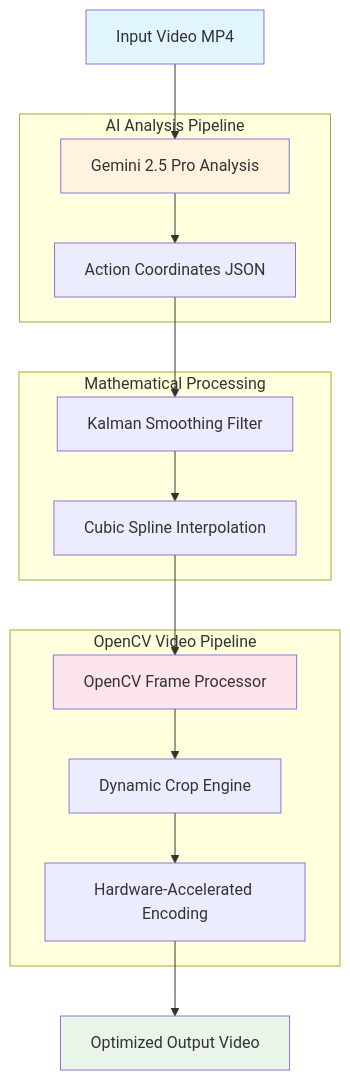
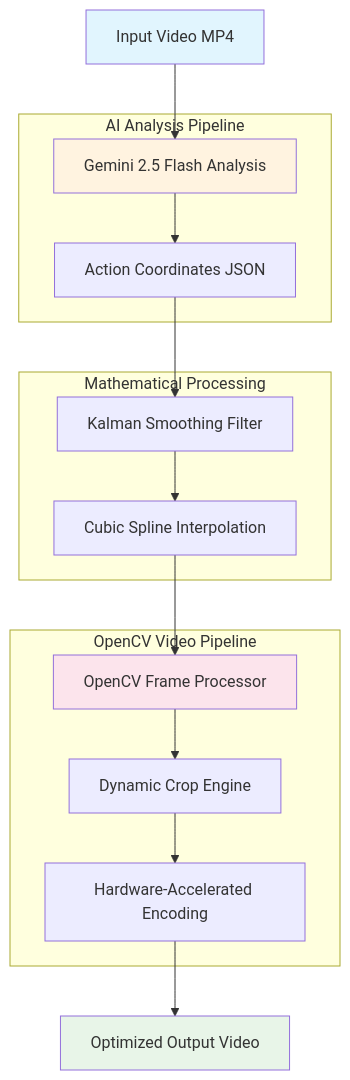
One commit to koji0701/cameraman-ai-agent changed the diagram in README.md. Above: the diagram before and after it, drawn with Mermaid. The commit also changed other lines of this file, not shown here.

````diff
--- a/README.md
+++ b/README.md
@@ -23,32 +23,32 @@
 ```mermaid
 graph TD
-    A[Input Video MP4] --> B[Gemini 2.5 Pro Analysis]
+    A[Input Video MP4] --> B[Gemini 2.5 Flash Analysis]
     B --> C[Action Coordinates JSON]
     C --> D[Kalman Smoothing Filter]
     D --> E[Cubic Spline Interpolation]
     E --> F[OpenCV Frame Processor]
     F --> G[Dynamic Crop Engine]
     G --> H[Hardware-Accelerated Encoding]
     H --> I[Optimized Output Video]
     
     subgraph "AI Analysis Pipeline"
         B
         C
     end
     
     subgraph "Mathematical Processing"
         D
         E
     end
     
     subgraph "OpenCV Video Pipeline"
         F
         G
         H
     end
     
     style A fill:#e1f5fe
     style I fill:#e8f5e8
     style B fill:#fff3e0
     style F fill:#fce4ec
 ```
````
